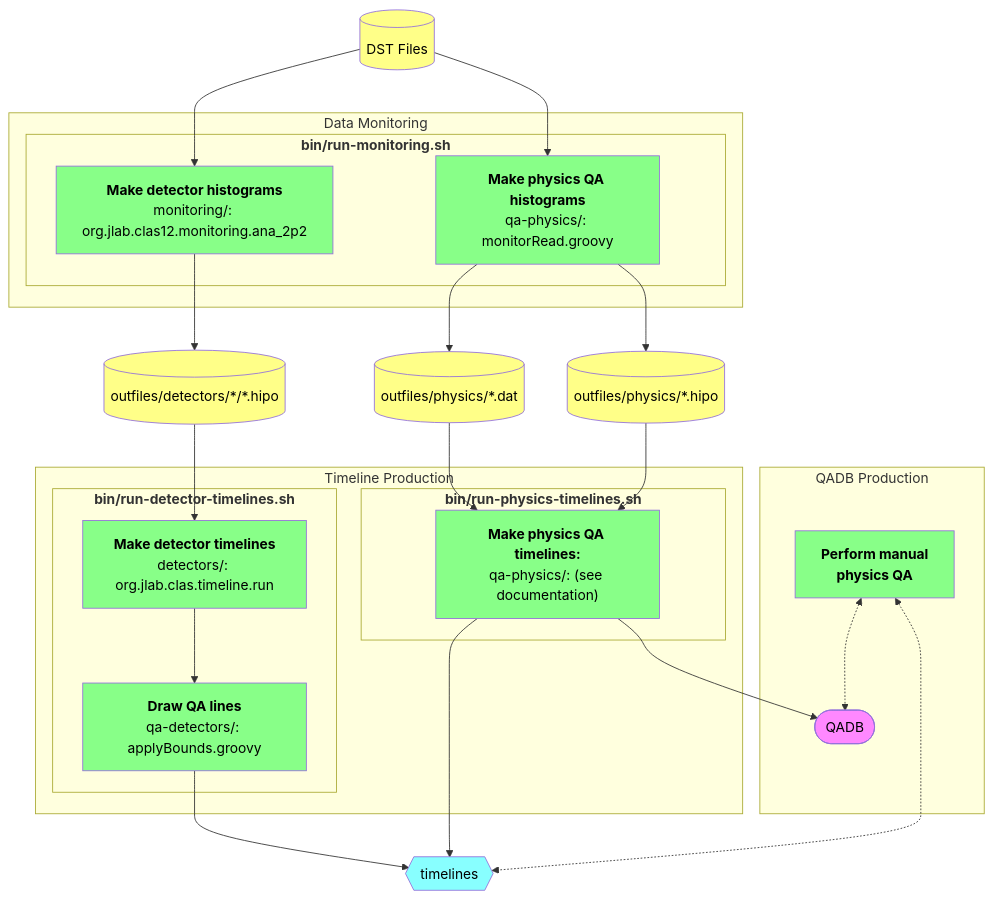
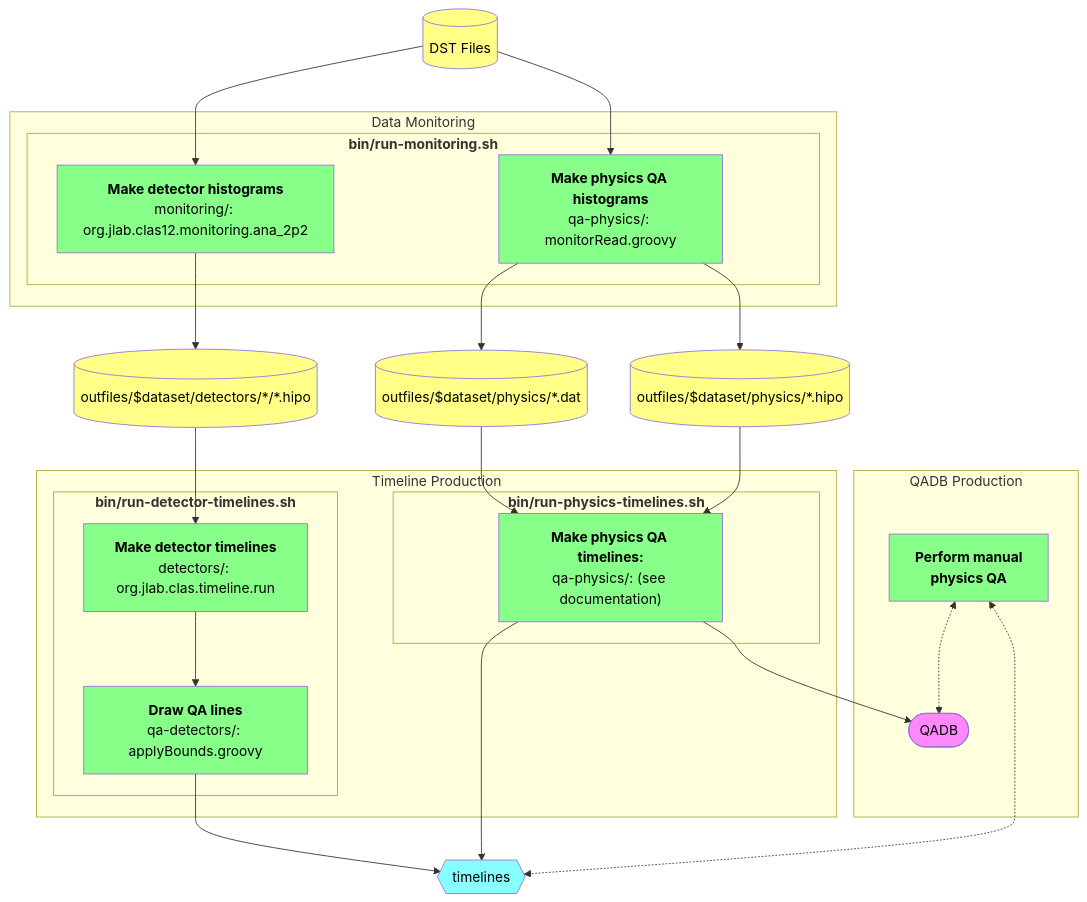
The diagram in README.md (JeffersonLab/clas12-timeline), drawn with Mermaid before and after one commit. The commit also changed 6 other files, not shown here.

````diff
--- a/README.md
+++ b/README.md
@@ -75,50 +75,50 @@
 ```mermaid
 flowchart TB
 
     classDef proc     fill:#8f8,color:black
     classDef data     fill:#ff8,color:black
     classDef misc     fill:#f8f,color:black
     classDef timeline fill:#8ff,color:black
 
     dst[(DST Files)]:::data
 
     subgraph Data Monitoring
         subgraph "<strong>bin/run-monitoring.sh</strong>"
             monitorDetectors["<strong>Make detector histograms</strong><br/>monitoring/: org.jlab.clas12.monitoring.ana_2p2"]:::proc
             monitorPhysics["<strong>Make physics QA histograms</strong><br/>qa-physics/: monitorRead.groovy"]:::proc
         end
     end
     dst --> monitorDetectors
     dst --> monitorPhysics
 
-    monitorDetectors --> outplots[(outfiles/detectors/*/*.hipo)]:::data
-    monitorPhysics   --> outdat[(outfiles/physics/*.dat)]:::data
-    monitorPhysics   --> outmon[(outfiles/physics/*.hipo)]:::data
+    monitorDetectors --> outplots[(outfiles/$dataset/detectors/*/*.hipo)]:::data
+    monitorPhysics   --> outdat[(outfiles/$dataset/physics/*.dat)]:::data
+    monitorPhysics   --> outmon[(outfiles/$dataset/physics/*.hipo)]:::data
 
     subgraph Timeline Production
         subgraph "<strong>bin/run-detector-timelines.sh</strong>"
             timelineDetectorsPreQA["<strong>Make detector timelines</strong><br/>detectors/: org.jlab.clas.timeline.run"]:::proc
             timelineDetectors["<strong>Draw QA lines</strong><br/>qa-detectors/: applyBounds.groovy"]:::proc
         end
         subgraph "<strong>bin/run-physics-timelines.sh</strong>"
             timelinePhysics["<strong>Make physics QA timelines:</strong><br/>qa-physics/: (see documentation)"]:::proc
         end
     end
 
     outplots --> timelineDetectorsPreQA --> timelineDetectors
     outdat   --> timelinePhysics
     outmon   --> timelinePhysics
 
     subgraph QADB Production
         qadb([QADB]):::misc
         manualQA[<strong>Perform manual<br/>physics QA</strong>]:::proc
     end
     
     timelines{{timelines}}:::timeline
 
     timelineDetectors --> timelines
     timelinePhysics   --> timelines
     timelinePhysics   --> qadb
     manualQA <-.-> timelines
     manualQA <-.-> qadb
 ```
````
